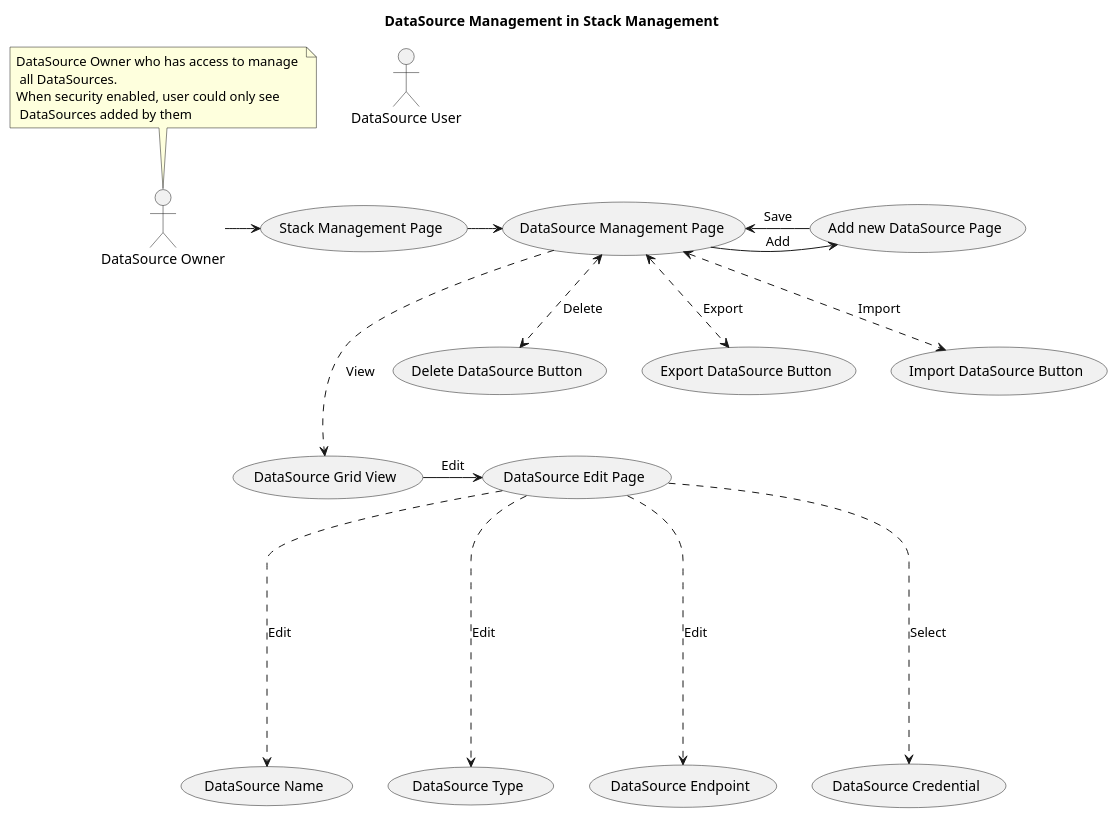
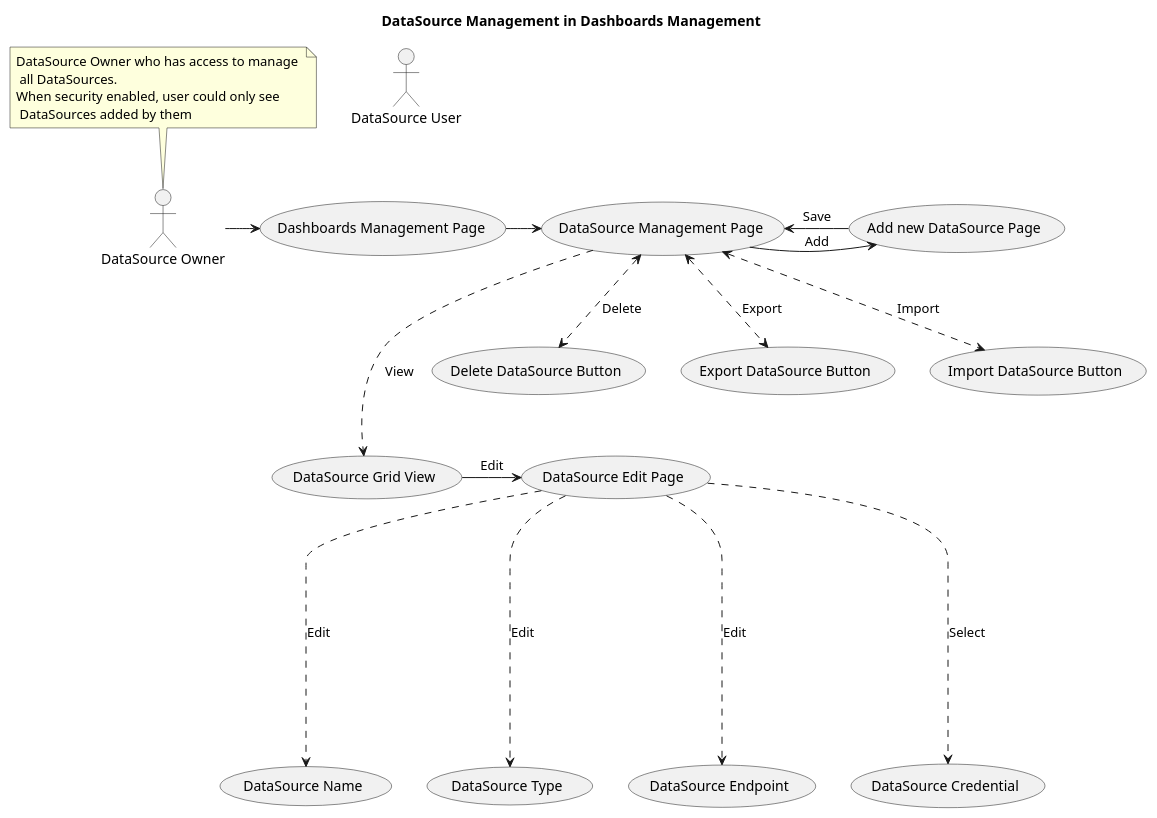
One commit to wazuh/wazuh-dashboard changed the diagram in docs/multi-datasource/resources/dsm_flow.puml. Above: the diagram before and after it, drawn with PlantUML. The commit also changed 36 other files, not shown here.

```diff
--- a/docs/multi-datasource/resources/dsm_flow.puml
+++ b/docs/multi-datasource/resources/dsm_flow.puml
@@ -1,45 +1,45 @@
 @startuml 
-title DataSource Management in Stack Management
+title DataSource Management in Dashboards Management
 
 
 :DataSource Owner: as DSO
 :DataSource User: as DSU
 
-(Stack Management Page) as (Page-Stack)
+(Dashboards Management Page) as (Page-DashMgmt)
 (DataSource Management Page) as (Page-DM)
 (Add new DataSource Page) as (Page-AND)
 (DataSource Grid View) as (Component-DSG)
 (DataSource Edit Page) as (Page-DSEP)
 (Delete DataSource Button) as (Component-DelDS)
 (Export DataSource Button) as (Component-ExDS)
 (Import DataSource Button) as (Component-ImDS)
 
 
 (DataSource Name) as (Component-DSName)
 (DataSource Type) as (Component-DSType)
 (DataSource Endpoint) as (Component-DSEndpoint)
 (DataSource Credential) as (Component-DSCredential)
 
-DSO -> (Page-Stack)
-(Page-Stack) -> (Page-DM)
+DSO -> (Page-DashMgmt)
+(Page-DashMgmt) -> (Page-DM)
 (Page-DM) -> (Page-AND) : Add
 (Page-AND) -> (Page-DM) : Save
 (Page-DM) ...> (Component-DSG): View
 (Page-DM) <..> (Component-DelDS) : Delete
 (Page-DM) <..> (Component-ExDS) : Export
 (Page-DM) <..> (Component-ImDS) : Import
 
 (Component-DSG) -> (Page-DSEP): Edit
 
 (Page-DSEP) .....> (Component-DSName) : Edit
 (Page-DSEP) .....> (Component-DSType): Edit
 (Page-DSEP) .....> (Component-DSEndpoint): Edit
 (Page-DSEP) .....> (Component-DSCredential): Select
 
 note top of DSO
   DataSource Owner who has access to manage 
    all DataSources.
   When security enabled, user could only see
    DataSources added by them
 end note
 @enduml
```
